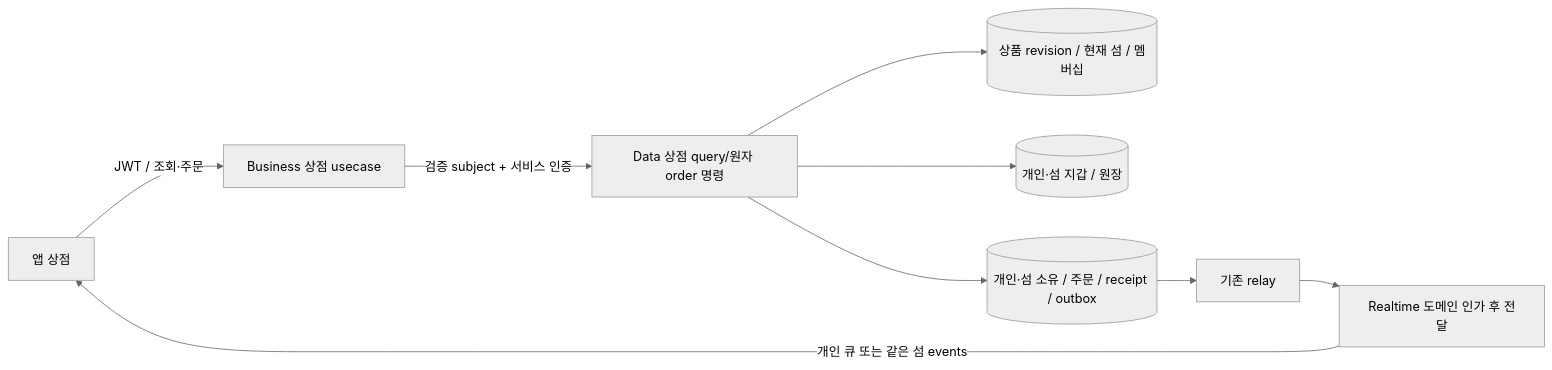
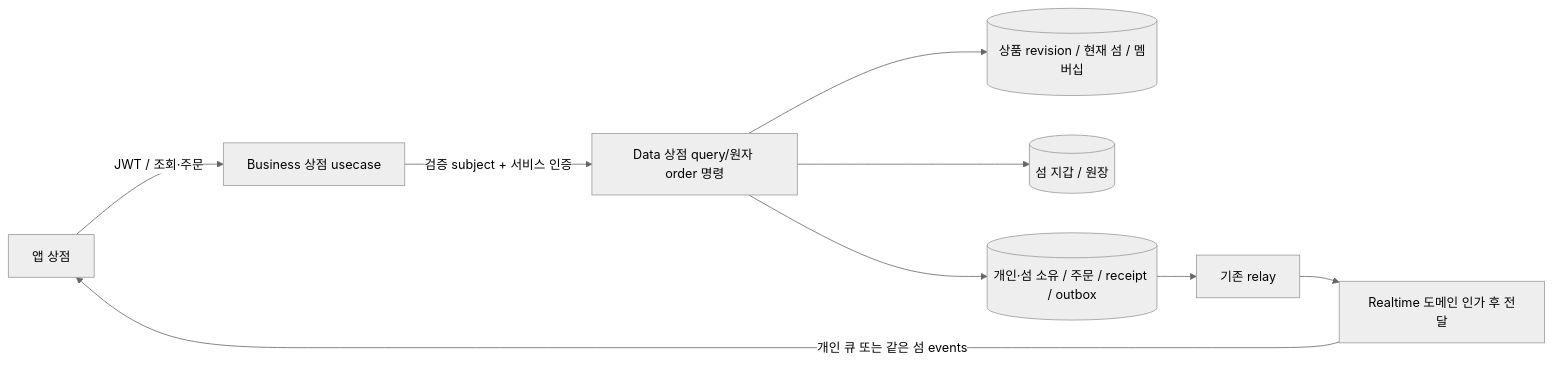
The first of 2 diagrams in docs/prd/fishcat/island-shop/high-level-design.md (OneOrThree/phone), drawn with Mermaid (neutral theme) before and after one commit. The commit also changed other lines of this file and 18 other files, not shown here.

````diff
--- a/docs/prd/fishcat/island-shop/high-level-design.md
+++ b/docs/prd/fishcat/island-shop/high-level-design.md
@@ -7,11 +7,11 @@
 ```mermaid
 flowchart LR
   A[앱 상점] -->|JWT / 조회·주문| B[Business 상점 usecase]
   B -->|검증 subject + 서비스 인증| D[Data 상점 query/원자 order 명령]
   D --> C[(상품 revision / 현재 섬 / 멤버십)]
-  D --> W[(개인·섬 지갑 / 원장)]
+  D --> W[(섬 지갑 / 원장)]
   D --> I[(개인·섬 소유 / 주문 / receipt / outbox)]
   I --> R[기존 relay]
   R --> E[Realtime 도메인 인가 후 전달]
   E -->|개인 큐 또는 같은 섬 events| A
 ```
````
